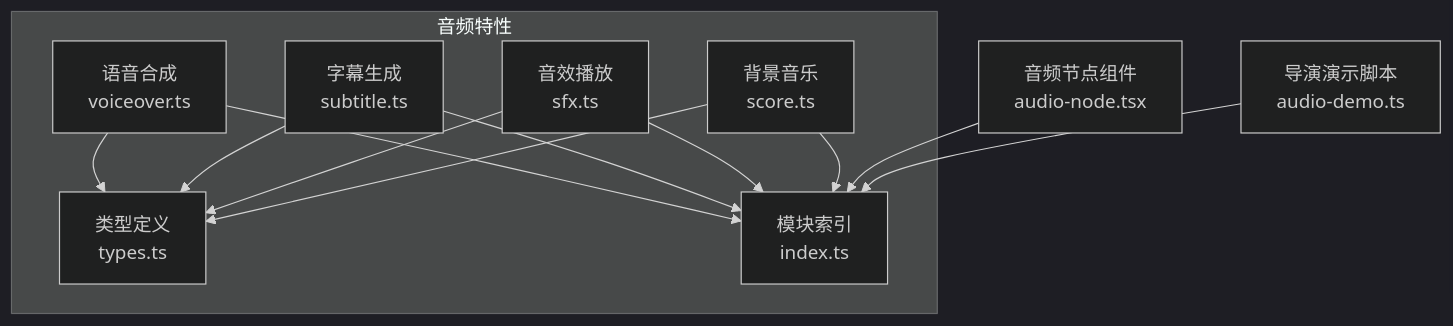
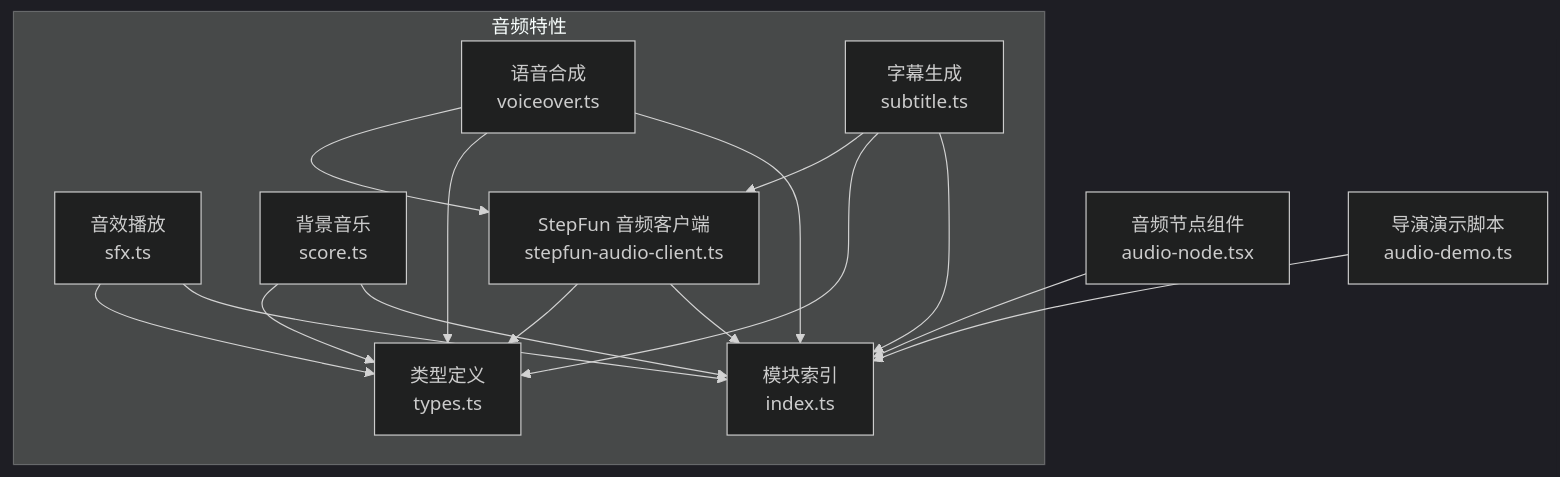
One commit to AIMFllyYS/code-video-canvas changed the first of 9 diagrams in .qoder/repowiki/zh/content/核心功能模块/音频处理/音频处理.md. Above: the diagram before and after it, drawn with Mermaid (dark theme). The commit also changed other lines of this file and 47 other files, not shown here.

````diff
--- a/.qoder/repowiki/zh/content/核心功能模块/音频处理/音频处理.md
+++ b/.qoder/repowiki/zh/content/核心功能模块/音频处理/音频处理.md
@@ -36,23 +46,28 @@
 ```mermaid
 graph TB
 subgraph "音频特性"
 VO["语音合成<br/>voiceover.ts"]
 ST["字幕生成<br/>subtitle.ts"]
 SFX["音效播放<br/>sfx.ts"]
 SC["背景音乐<br/>score.ts"]
+SF["StepFun 音频客户端<br/>stepfun-audio-client.ts"]
 T["类型定义<br/>types.ts"]
 IDX["模块索引<br/>index.ts"]
 end
 UI["音频节点组件<br/>audio-node.tsx"]
 DEMO["导演演示脚本<br/>audio-demo.ts"]
+VO --> SF
+ST --> SF
+SFX --> T
+SC --> T
 VO --> T
 ST --> T
-SFX --> T
-SC --> T
+SF --> T
 VO --> IDX
 ST --> IDX
 SFX --> IDX
 SC --> IDX
+SF --> IDX
 UI --> IDX
 DEMO --> IDX
 ```
````
